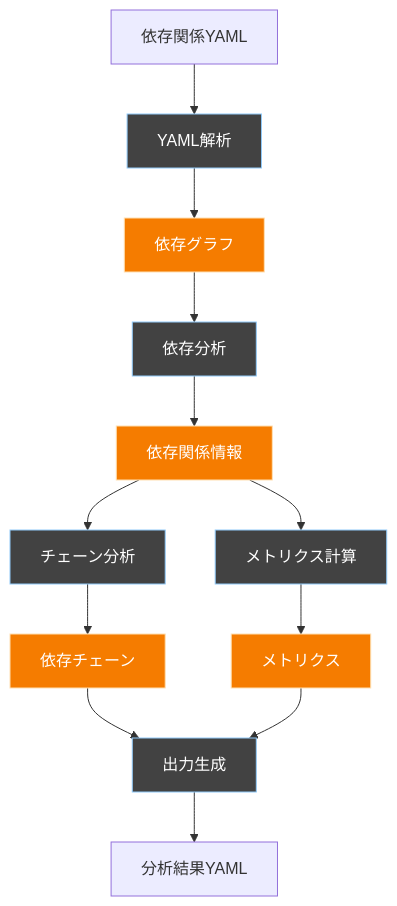
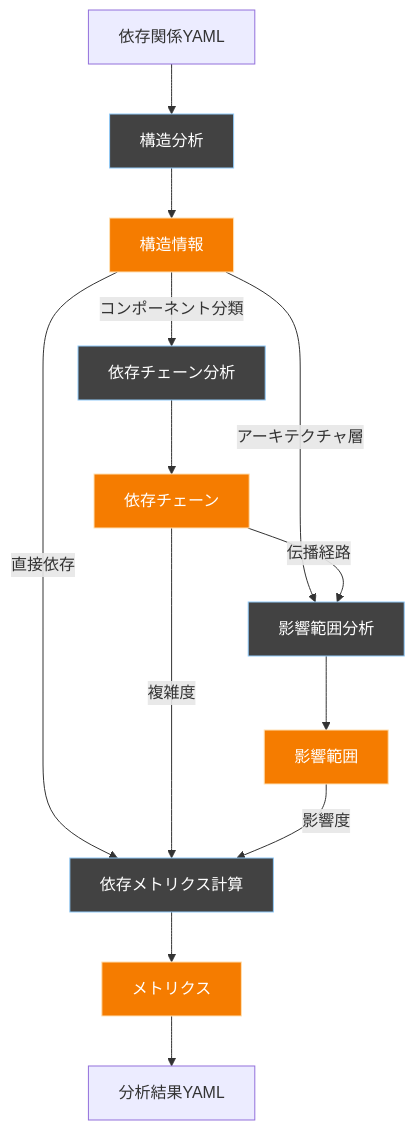
Before and after one commit to ryosuke911/WORKFLOW_SPEC_TEST: the second of 2 diagrams in FLOW/WORKFLOW_SPEC_TEST_DI_ANALYZE.md, drawn with Mermaid. The commit also changed other lines of this file and 5 other files, not shown here.

````diff
--- a/FLOW/WORKFLOW_SPEC_TEST_DI_ANALYZE.md
+++ b/FLOW/WORKFLOW_SPEC_TEST_DI_ANALYZE.md
@@ -40,31 +35,28 @@
 ```mermaid
 graph TD
     %% スタイル定義
     classDef memory fill:#f57c00,stroke:#ffe0b2,color:#fff
     classDef phase fill:#424242,stroke:#90caf9,color:#fff
 
-    Input[依存関係YAML]
-    Graph[依存グラフ]:::memory
-    Deps[依存関係情報]:::memory
-    Chains[依存チェーン]:::memory
-    Metrics[メトリクス]:::memory
-    Output[分析結果YAML]
+    Input[依存関係YAML]:::input
 
-    Phase1[YAML解析]:::phase
-    Phase2[依存分析]:::phase
-    Phase3[チェーン分析]:::phase
-    Phase4[メトリクス計算]:::phase
-    Phase5[出力生成]:::phase
+    %% フェーズ1: 構造分析
+    Input --> Phase1[構造分析]:::phase
+    Phase1 --> Structure[構造情報]:::memory
+    Structure --> |コンポーネント分類| Phase2
+    Structure --> |アーキテクチャ層| Phase3
+    Structure --> |直接依存| Phase4
 
-    Input --> Phase1
-    Phase1 --> Graph
-    Graph --> Phase2
-    Phase2 --> Deps
-    Deps --> Phase3
-    Phase3 --> Chains
-    Deps --> Phase4
-    Phase4 --> Metrics
-    Chains --> Phase5
-    Metrics --> Phase5
-    Phase5 --> Output
+    %% フェーズ2: 依存チェーン分析
+    Phase2[依存チェーン分析]:::phase --> Chains[依存チェーン]:::memory
+    Chains --> |伝播経路| Phase3
+    Chains --> |複雑度| Phase4
+
+    %% フェーズ3: 影響範囲分析
+    Phase3[影響範囲分析]:::phase --> Impact[影響範囲]:::memory
+    Impact --> |影響度| Phase4
+
+    %% フェーズ4: 依存メトリクス計算
+    Phase4[依存メトリクス計算]:::phase --> Metrics[メトリクス]:::memory
+    Metrics --> Output[分析結果YAML]:::output
 ```
````
